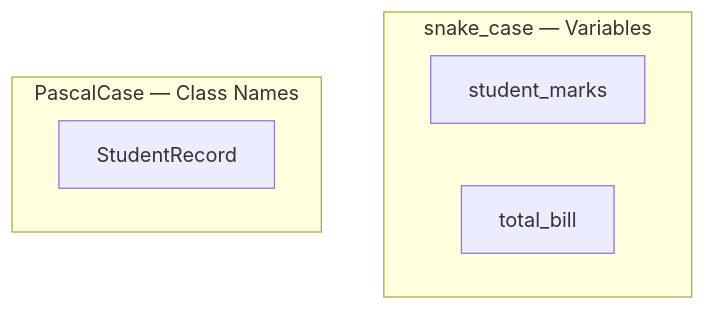
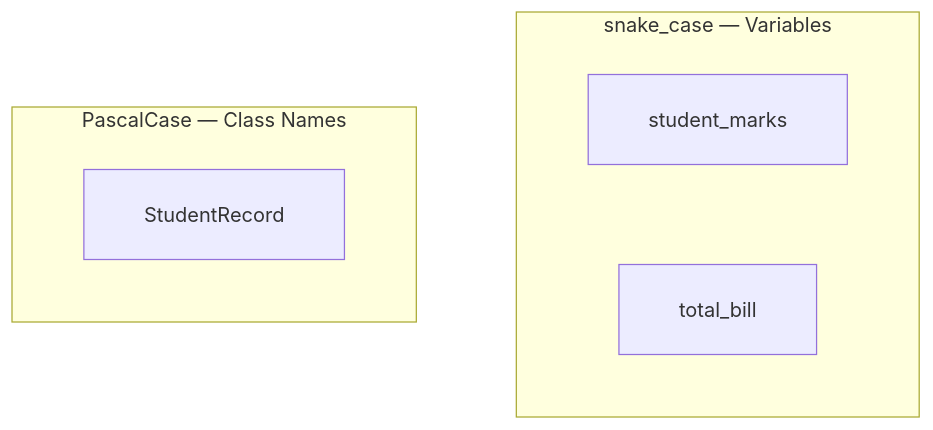
Before and after one commit to ABVenu/salcurriculum: the fifth of 8 diagrams in SAL-2026/Python Basics - English/S01/NotesPresentation.md, drawn with Mermaid. The commit also changed other lines of this file and 820 other files, not shown here.

````diff
--- a/SAL-2026/Python Basics - English/S01/NotesPresentation.md
+++ b/SAL-2026/Python Basics - English/S01/NotesPresentation.md
@@ -306,10 +505,11 @@
 ```mermaid
+%%{init: {"flowchart": {"htmlLabels": false, "curve": "basis", "padding": 24, "nodeSpacing": 80, "rankSpacing": 90, "diagramPadding": 48}}}%%
 flowchart TB
-    subgraph snake_case["snake_case — Variables"]
-    V1[student_marks]
-    V2[total_bill]
-  end
-    subgraph PascalCase["PascalCase — Class Names"]
-    C1[StudentRecord]
-  end
+    subgraph snake_case["  snake_case — Variables  "]
+        V1["  student_marks  "]
+        V2["  total_bill  "]
+    end
+    subgraph PascalCase["  PascalCase — Class Names  "]
+        C1["  StudentRecord  "]
+    end
 ```
````
